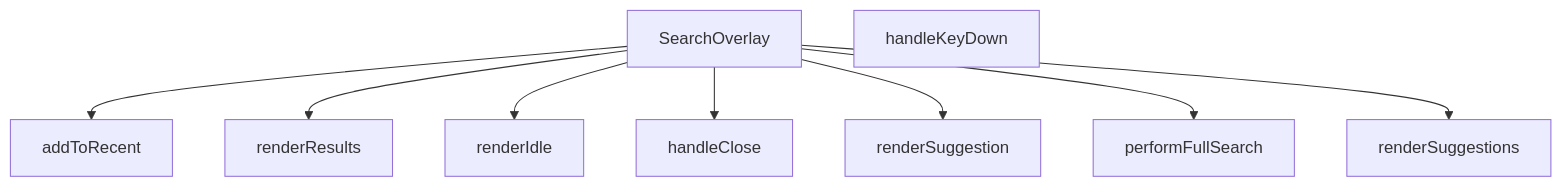
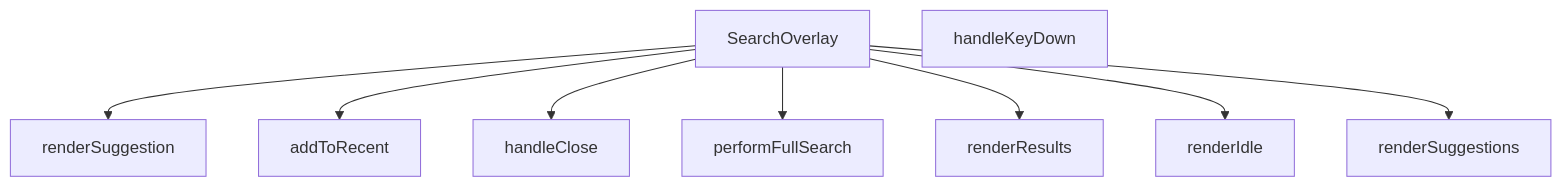
The diagram in src/components/SearchOverlay.md (peckop/venthub-hvac-esite), drawn with Mermaid before and after one commit. The commit also changed other lines of this file and 80 other files, not shown here.

````diff
--- a/src/components/SearchOverlay.md
+++ b/src/components/SearchOverlay.md
@@ -287,19 +287,19 @@
 ```mermaid
 graph TD
     SearchOverlay_tsx__SearchOverlay["SearchOverlay"]
     SearchOverlay_tsx__addToRecent["addToRecent"]
     SearchOverlay_tsx__handleClose["handleClose"]
     SearchOverlay_tsx__handleKeyDown["handleKeyDown"]
     SearchOverlay_tsx__performFullSearch["performFullSearch"]
     SearchOverlay_tsx__renderIdle["renderIdle"]
     SearchOverlay_tsx__renderResults["renderResults"]
     SearchOverlay_tsx__renderSuggestion["renderSuggestion"]
     SearchOverlay_tsx__renderSuggestions["renderSuggestions"]
+    SearchOverlay_tsx__SearchOverlay --> SearchOverlay_tsx__renderSuggestion
     SearchOverlay_tsx__SearchOverlay --> SearchOverlay_tsx__addToRecent
+    SearchOverlay_tsx__SearchOverlay --> SearchOverlay_tsx__handleClose
+    SearchOverlay_tsx__SearchOverlay --> SearchOverlay_tsx__performFullSearch
     SearchOverlay_tsx__SearchOverlay --> SearchOverlay_tsx__renderResults
     SearchOverlay_tsx__SearchOverlay --> SearchOverlay_tsx__renderIdle
-    SearchOverlay_tsx__SearchOverlay --> SearchOverlay_tsx__handleClose
-    SearchOverlay_tsx__SearchOverlay --> SearchOverlay_tsx__renderSuggestion
-    SearchOverlay_tsx__SearchOverlay --> SearchOverlay_tsx__performFullSearch
     SearchOverlay_tsx__SearchOverlay --> SearchOverlay_tsx__renderSuggestions
 ```
````
